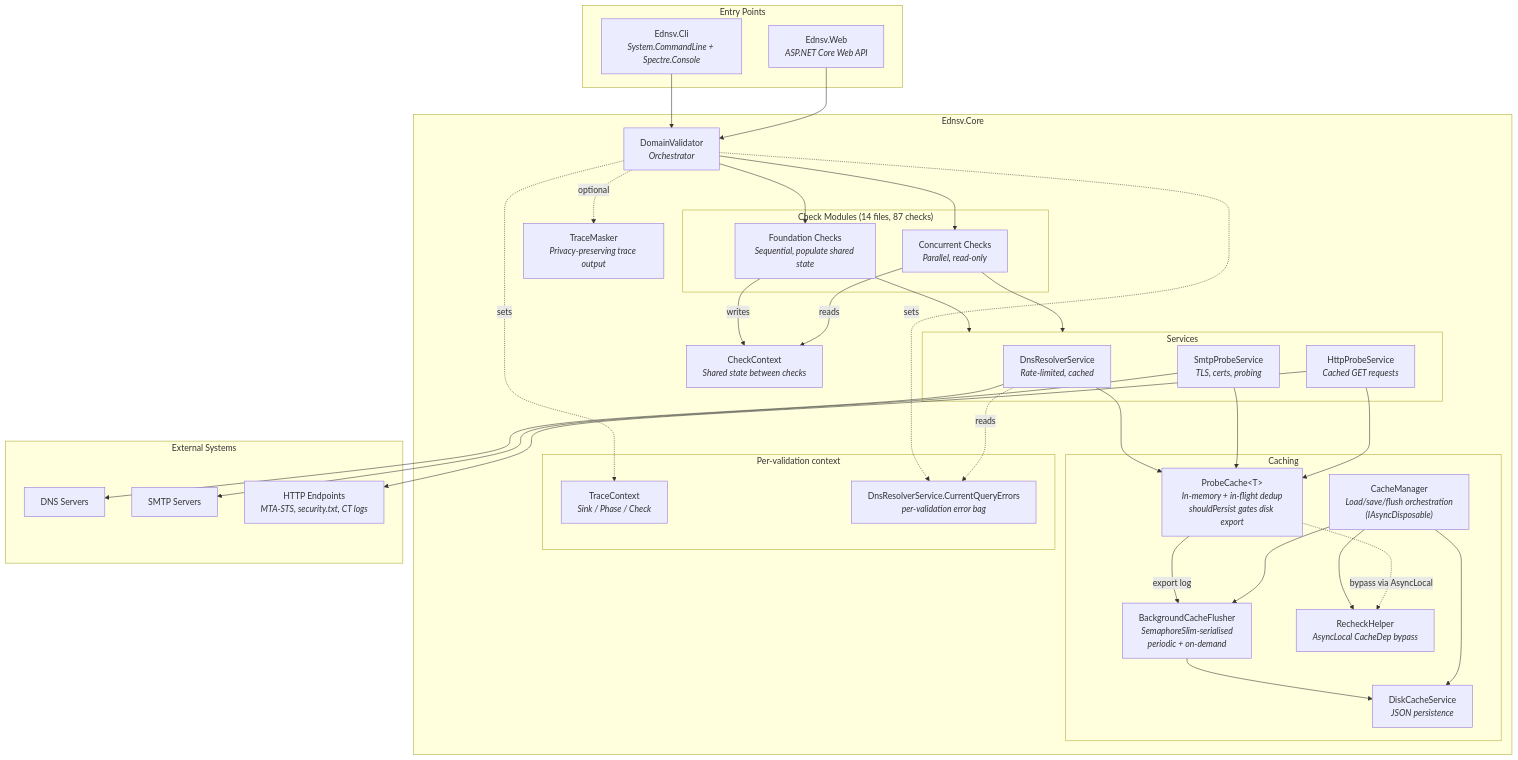
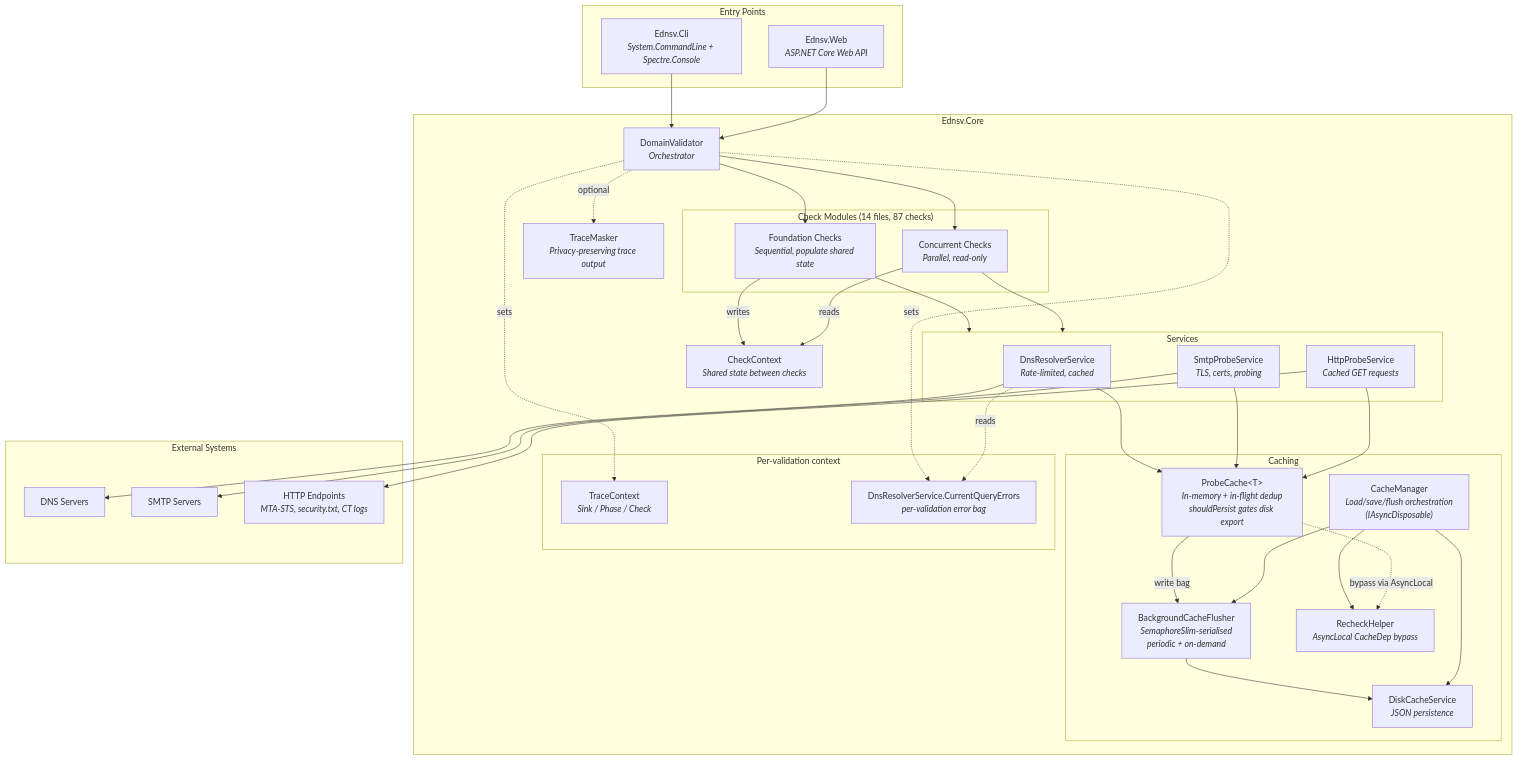
Before and after one commit to pkinerd/ednsv: the diagram in docs/architecture.md, drawn with Mermaid. The commit also changed 17 other files, not shown here.

````diff
--- a/docs/architecture.md
+++ b/docs/architecture.md
@@ -7,70 +7,70 @@
 ```mermaid
 graph TD
     subgraph Entry Points
         CLI["Ednsv.Cli<br/><i>System.CommandLine + Spectre.Console</i>"]
         WEB["Ednsv.Web<br/><i>ASP.NET Core Web API</i>"]
     end
 
     subgraph "Ednsv.Core"
         DV["DomainValidator<br/><i>Orchestrator</i>"]
 
         subgraph Checks["Check Modules (14 files, 87 checks)"]
             FC["Foundation Checks<br/><i>Sequential, populate shared state</i>"]
             CC["Concurrent Checks<br/><i>Parallel, read-only</i>"]
         end
 
         CTX["CheckContext<br/><i>Shared state between checks</i>"]
 
         subgraph Services
             DNS["DnsResolverService<br/><i>Rate-limited, cached</i>"]
             SMTP["SmtpProbeService<br/><i>TLS, certs, probing</i>"]
             HTTP["HttpProbeService<br/><i>Cached GET requests</i>"]
         end
 
         subgraph Caching
             PC["ProbeCache&lt;T&gt;<br/><i>In-memory + in-flight dedup<br/>shouldPersist gates disk export</i>"]
             DISK["DiskCacheService<br/><i>JSON persistence</i>"]
             FLUSH["BackgroundCacheFlusher<br/><i>SemaphoreSlim-serialised<br/>periodic + on-demand</i>"]
             CM["CacheManager<br/><i>Load/save/flush orchestration<br/>(IAsyncDisposable)</i>"]
             RH["RecheckHelper<br/><i>AsyncLocal CacheDep bypass</i>"]
         end
 
         subgraph Async["Per-validation context"]
             TC["TraceContext<br/><i>Sink / Phase / Check</i>"]
             CQE["DnsResolverService.CurrentQueryErrors<br/><i>per-validation error bag</i>"]
         end
 
         TM["TraceMasker<br/><i>Privacy-preserving trace output</i>"]
     end
 
     subgraph External["External Systems"]
         DNSSRV["DNS Servers"]
         SMTPSRV["SMTP Servers"]
         HTTPSRV["HTTP Endpoints<br/><i>MTA-STS, security.txt, CT logs</i>"]
     end
 
     CLI --> DV
     WEB --> DV
     DV --> FC
     DV --> CC
     FC -->|writes| CTX
     CC -->|reads| CTX
     FC --> Services
     CC --> Services
     DNS --> PC
     SMTP --> PC
     HTTP --> PC
-    PC -->|export log| FLUSH
+    PC -->|write bag| FLUSH
     FLUSH --> DISK
     CM --> FLUSH
     CM --> DISK
     CM --> RH
     PC -.->|bypass via AsyncLocal| RH
     DV -.->|sets| TC
     DV -.->|sets| CQE
     DNS -.->|reads| CQE
     DNS --> DNSSRV
     SMTP --> SMTPSRV
     HTTP --> HTTPSRV
     DV -.->|optional| TM
 ```
````
